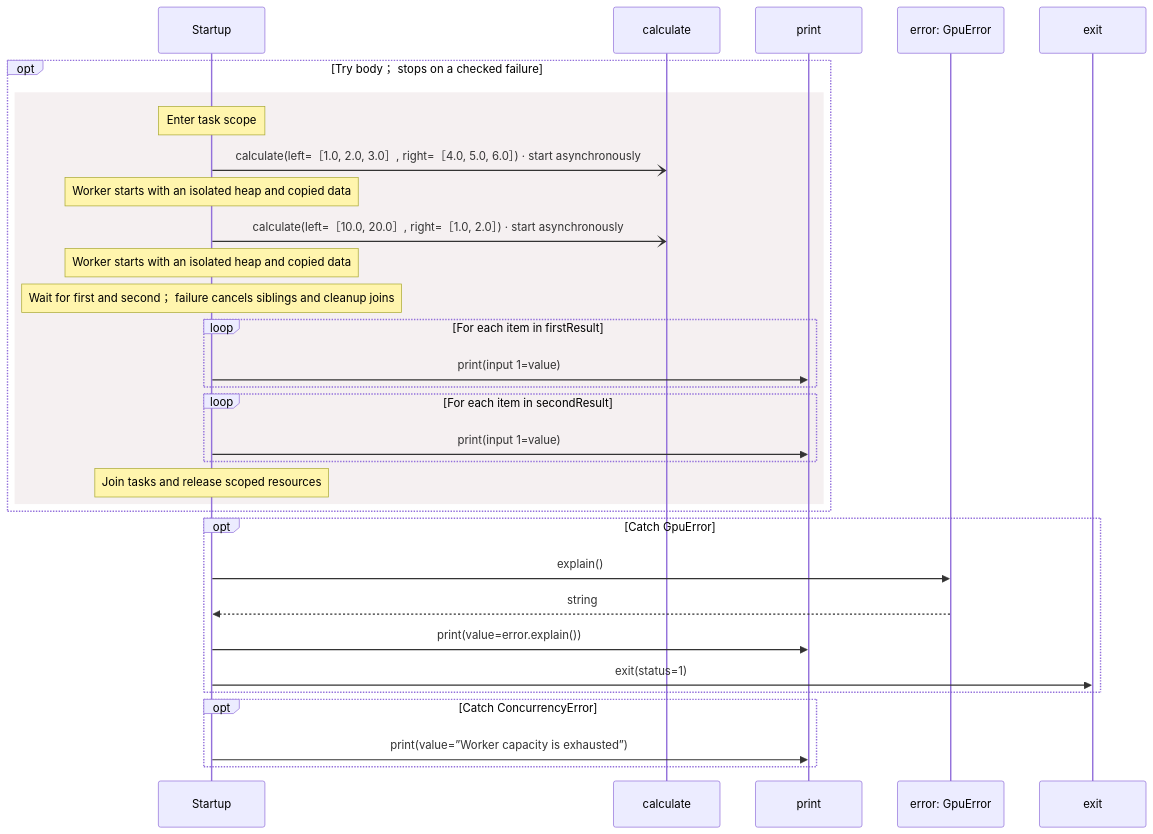
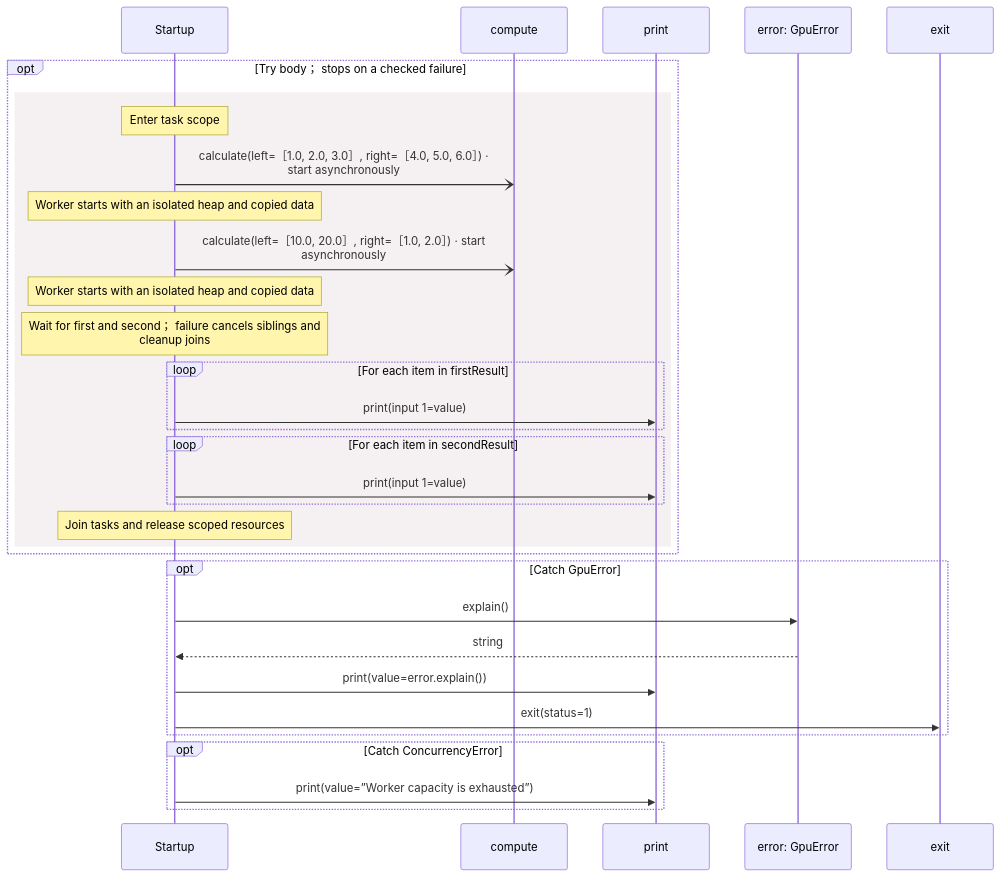
Before and after one commit to GreenPandaStudios/augscript: the third of 3 diagrams in docs/examples/native-gpu/main-diagrams.md, drawn with Mermaid. The commit also changed 200 other files, not shown here.

Commit message:
Group imported operations and wrap readable sequence messages

````diff
--- a/docs/examples/native-gpu/main-diagrams.md
+++ b/docs/examples/native-gpu/main-diagrams.md
@@ -49,34 +49,34 @@
 ```mermaid
 sequenceDiagram
     participant p0 as Startup
-    participant p1 as calculate
+    participant p1 as compute
     participant p2 as print
     participant p3 as error: GpuError
     participant p4 as exit
     opt Try body； stops on a checked failure
     rect rgb(245, 240, 241)
     Note over p0: Enter task scope
-    p0-)p1: calculate(left=［1.0, 2.0, 3.0］, right=［4.0, 5.0, 6.0］) · start asynchronously
+    p0-)p1: calculate(left=［1.0, 2.0, 3.0］, right=［4.0, 5.0, 6.0］) ·<br/>start asynchronously
     Note over p0: Worker starts with an isolated heap and copied data
-    p0-)p1: calculate(left=［10.0, 20.0］, right=［1.0, 2.0］) · start asynchronously
+    p0-)p1: calculate(left=［10.0, 20.0］, right=［1.0, 2.0］) · start<br/>asynchronously
     Note over p0: Worker starts with an isolated heap and copied data
-    Note over p0: Wait for first and second； failure cancels siblings and cleanup joins
+    Note over p0: Wait for first and second； failure cancels siblings and<br/>cleanup joins
     loop For each item in firstResult
     p0->>p2: print(input 1=value)
     end
     loop For each item in secondResult
     p0->>p2: print(input 1=value)
     end
     Note over p0: Join tasks and release scoped resources
     end
     end
     opt Catch GpuError
     p0->>p3: explain()
     p3-->>p0: string
     p0->>p2: print(value=error.explain())
     p0->>p4: exit(status=1)
     end
     opt Catch ConcurrencyError
     p0->>p2: print(value=”Worker capacity is exhausted”)
     end
 ```
````
